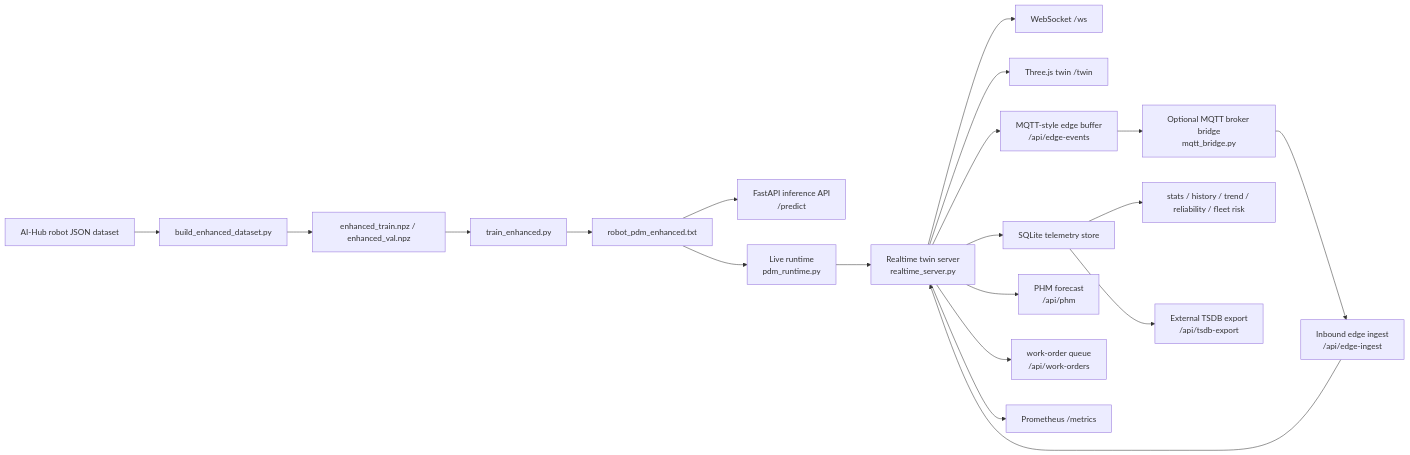
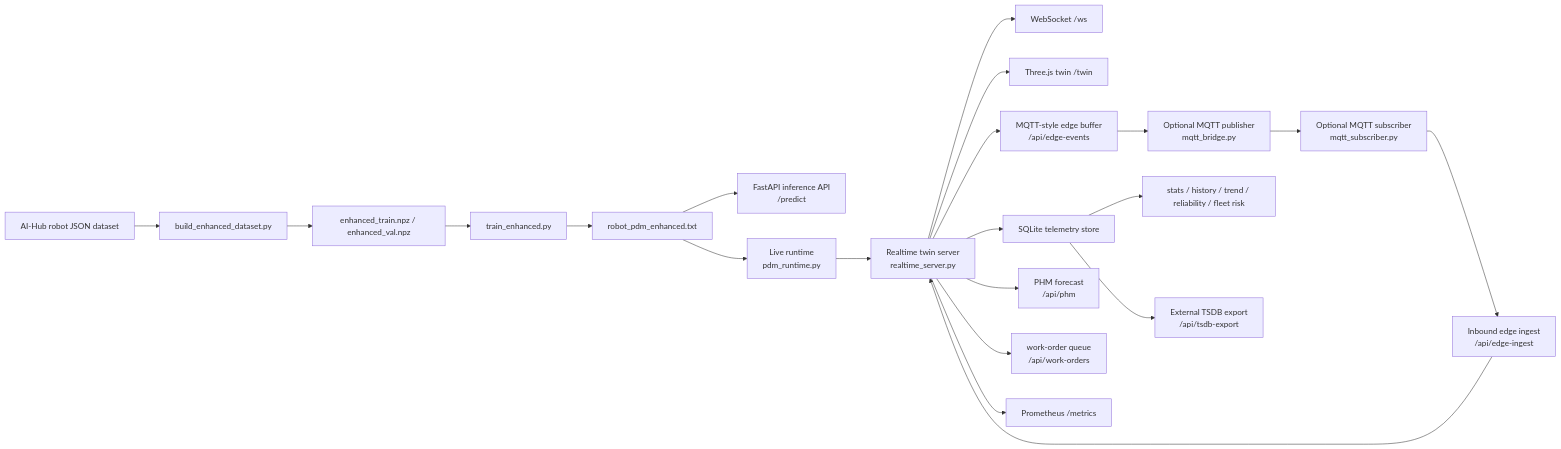
The diagram in README.md (JuHyeon-Nam/ServiceRobot_AI), drawn with Mermaid before and after one commit. The commit also changed other lines of this file and 10 other files, not shown here.

Commit message:
feat(edge): add mqtt subscriber ingest runner

````diff
--- a/README.md
+++ b/README.md
@@ -74,22 +74,23 @@
 ```mermaid
 flowchart LR
     raw["AI-Hub robot JSON dataset"] --> build["build_enhanced_dataset.py"]
     build --> trainset["enhanced_train.npz / enhanced_val.npz"]
     trainset --> train["train_enhanced.py"]
     train --> model["robot_pdm_enhanced.txt"]
     model --> api["FastAPI inference API<br/>/predict"]
     model --> runtime["Live runtime<br/>pdm_runtime.py"]
     runtime --> twin["Realtime twin server<br/>realtime_server.py"]
     twin --> ws["WebSocket /ws"]
     twin --> ui["Three.js twin /twin"]
     twin --> edge["MQTT-style edge buffer<br/>/api/edge-events"]
-    edge --> broker["Optional MQTT broker bridge<br/>mqtt_bridge.py"]
-    broker --> ingest["Inbound edge ingest<br/>/api/edge-ingest"]
+    edge --> broker["Optional MQTT publisher<br/>mqtt_bridge.py"]
+    broker --> sub["Optional MQTT subscriber<br/>mqtt_subscriber.py"]
+    sub --> ingest["Inbound edge ingest<br/>/api/edge-ingest"]
     ingest --> twin
     twin --> store["SQLite telemetry store"]
     store --> ops["stats / history / trend / reliability / fleet risk"]
     store --> tsdb["External TSDB export<br/>/api/tsdb-export"]
     twin --> phm["PHM forecast<br/>/api/phm"]
     twin --> work["work-order queue<br/>/api/work-orders"]
     twin --> metrics["Prometheus /metrics"]
 ```
````
